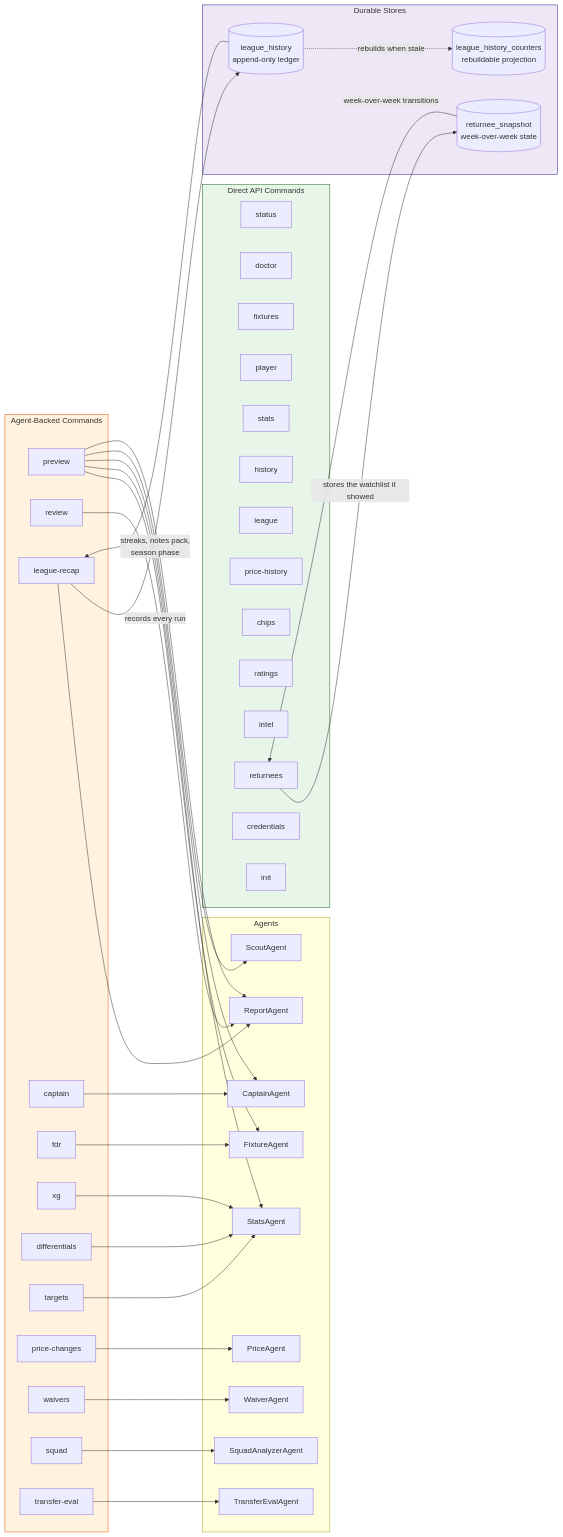
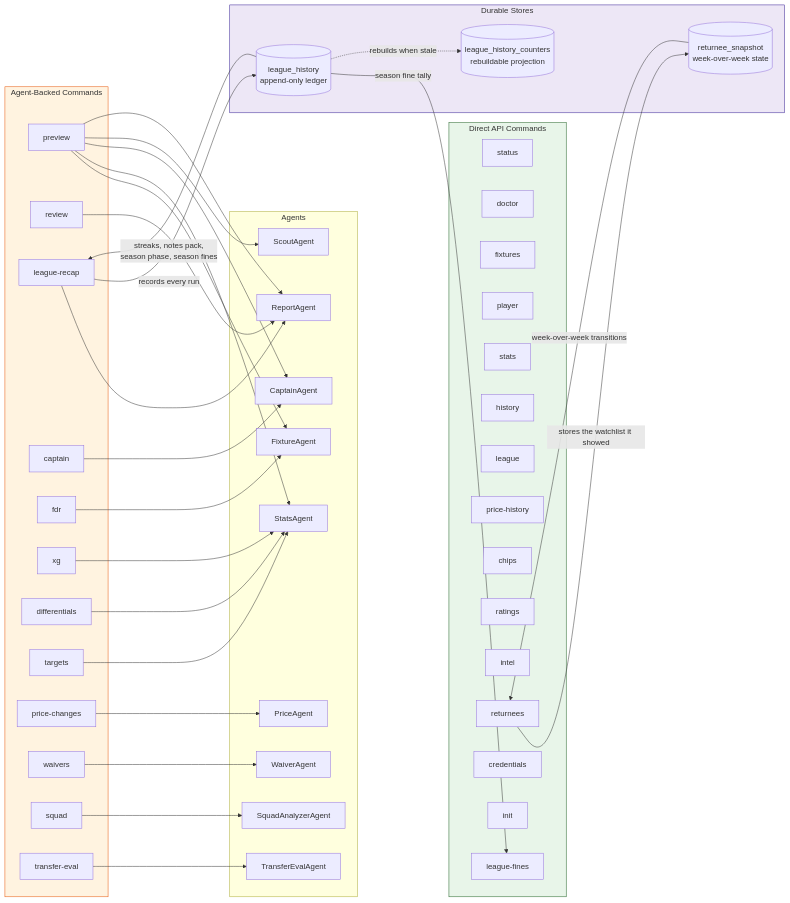
The fourth of 7 diagrams in docs/architecture.md (rossgroomio/fpl-cli), drawn with Mermaid before and after one commit. The commit also changed other lines of this file and 25 other files, not shown here.

Commit message:
feat: track fines across the season instead of only the current gameweek (#165)

````diff
--- a/docs/architecture.md
+++ b/docs/architecture.md
@@ -274,74 +274,76 @@
 ```mermaid
 flowchart LR
     subgraph Direct["Direct API Commands"]
         status["status"]
         doctor["doctor"]
         fixtures["fixtures"]
         player["player"]
         stats["stats"]
         history["history"]
         league["league"]
         price_hist["price-history"]
         chips["chips"]
         ratings["ratings"]
         intel["intel"]
         returnees["returnees"]
         credentials["credentials"]
         init["init"]
+        fines["league-fines"]
     end
 
     subgraph ViaAgent["Agent-Backed Commands"]
         preview["preview"]
         review["review"]
         recap["league-recap"]
         cap["captain"]
         fdr["fdr"]
         xg["xg"]
         diff["differentials"]
         tgt["targets"]
         pr["price-changes"]
         waivers["waivers"]
         squad["squad"]
         transfer_eval["transfer-eval"]
     end
 
     subgraph Agents["Agents"]
         FA[FixtureAgent]
         PA[PriceAgent]
         SA[StatsAgent]
         SCA[ScoutAgent]
         CA[CaptainAgent]
         SQA[SquadAnalyzerAgent]
         WA[WaiverAgent]
         RA[ReportAgent]
         TEA[TransferEvalAgent]
     end
 
     subgraph Stores["Durable Stores"]
         LH[("league_history<br/>append-only ledger")]
         LHC[("league_history_counters<br/>rebuildable projection")]
         RS[("returnee_snapshot<br/>week-over-week state")]
     end
 
     preview --> FA & SA & CA & SCA & RA
     review --> RA
     recap --> RA
     recap -->|"records every run"| LH
-    LH -->|"streaks, notes pack,<br/>season phase"| recap
+    LH -->|"streaks, notes pack,<br/>season phase, season fines"| recap
+    LH -->|"season fine tally"| fines
     LH -.->|"rebuilds when stale"| LHC
     returnees -->|"stores the watchlist it showed"| RS
     RS -->|"week-over-week transitions"| returnees
     cap --> CA
     fdr --> FA
     xg --> SA
     diff --> SA
     tgt --> SA
     pr --> PA
     waivers --> WA
     squad --> SQA
     transfer_eval --> TEA
 
     style Direct fill:#e8f5e9,stroke:#1b5e20
     style ViaAgent fill:#fff3e0,stroke:#e65100
     style Stores fill:#ede7f6,stroke:#311b92
 ```
````
